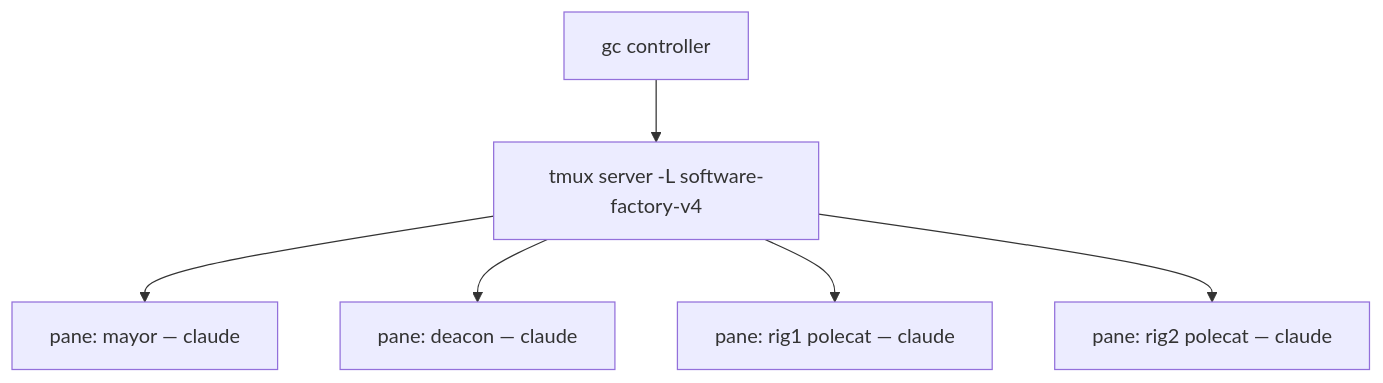
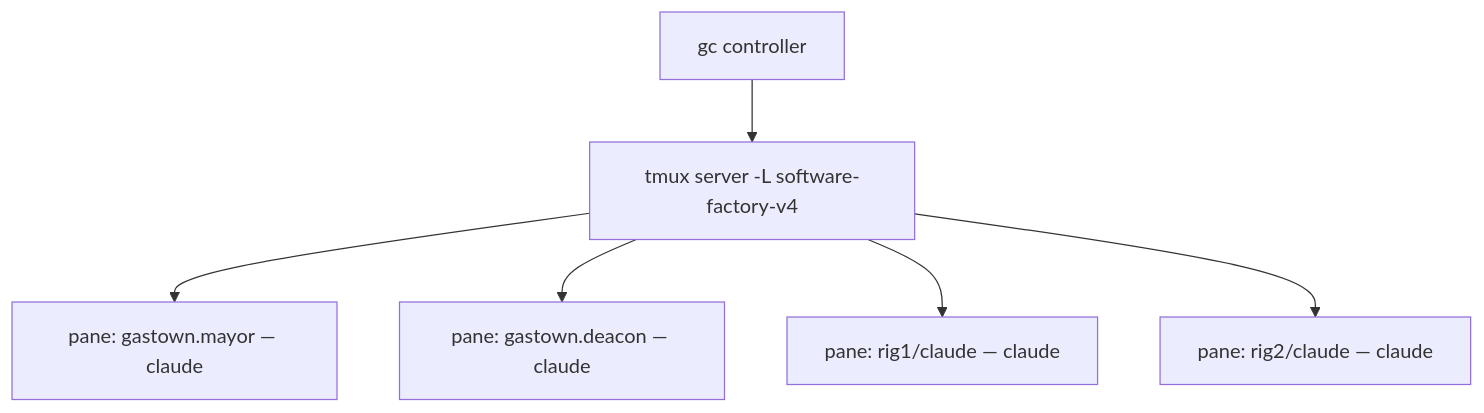
Before and after one commit to lago-morph/software-factory-prototype: the second of 3 diagrams in docs/GETTING-STARTED.md, drawn with Mermaid. The commit also changed other lines of this file and 3 other files, not shown here.

````diff
--- a/docs/GETTING-STARTED.md
+++ b/docs/GETTING-STARTED.md
@@ -110,8 +111,8 @@
 ```mermaid
 flowchart TD
   ctrl[gc controller] --> tmux[tmux server -L software-factory-v4]
-  tmux --> p1[pane: mayor — claude]
-  tmux --> p2[pane: deacon — claude]
-  tmux --> p3[pane: rig1 polecat — claude]
-  tmux --> p4[pane: rig2 polecat — claude]
+  tmux --> p1[pane: gastown.mayor — claude]
+  tmux --> p2[pane: gastown.deacon — claude]
+  tmux --> p3[pane: rig1/claude — claude]
+  tmux --> p4[pane: rig2/claude — claude]
 ```
````
